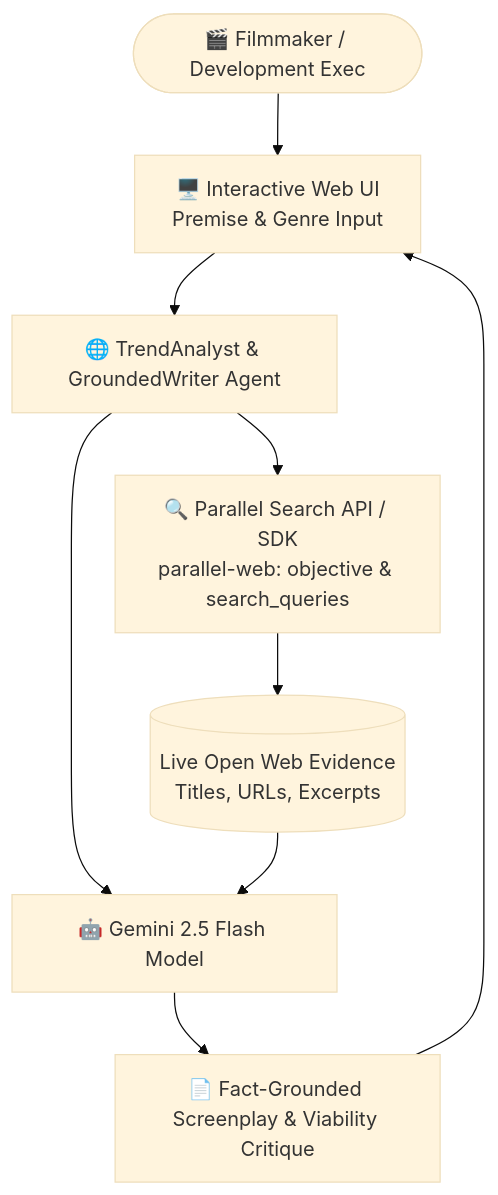
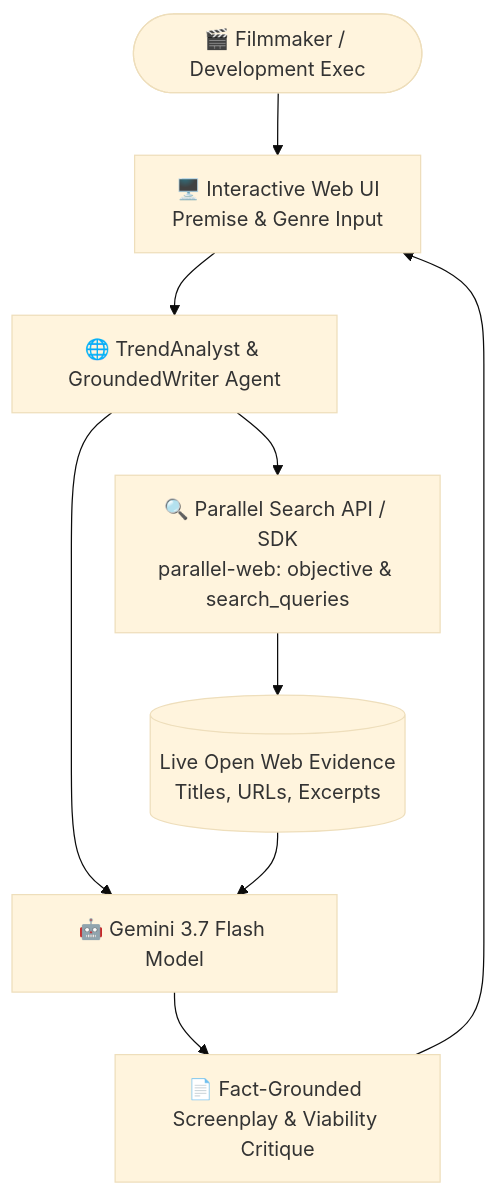
The diagram in docs/ARCHITECTURE.md (AtchayamG/cineintel-engine), drawn with Mermaid (base theme) before and after one commit. The commit also changed other lines of this file and 14 other files, not shown here.

Commit message:
feat: upgrade judge path to Gemini 3.7 Flash

````diff
--- a/docs/ARCHITECTURE.md
+++ b/docs/ARCHITECTURE.md
@@ -6,11 +6,11 @@
 ```mermaid
 graph TD
     User([🎬 Filmmaker / Development Exec]) --> UI[🖥️ Interactive Web UI<br/>Premise & Genre Input]
     UI --> ParallelAgent[🌐 TrendAnalyst & GroundedWriter Agent]
     ParallelAgent --> ParallelSDK[🔍 Parallel Search API / SDK<br/>parallel-web: objective & search_queries]
     ParallelSDK --> WebResults[(Live Open Web Evidence<br/>Titles, URLs, Excerpts)]
-    ParallelAgent --> GeminiAgent[🤖 Gemini 2.5 Flash Model]
+    ParallelAgent --> GeminiAgent[🤖 Gemini 3.7 Flash Model]
     WebResults --> GeminiAgent
     GeminiAgent --> GroundedTreatment[📄 Fact-Grounded Screenplay & Viability Critique]
     GroundedTreatment --> UI
 ```
````
